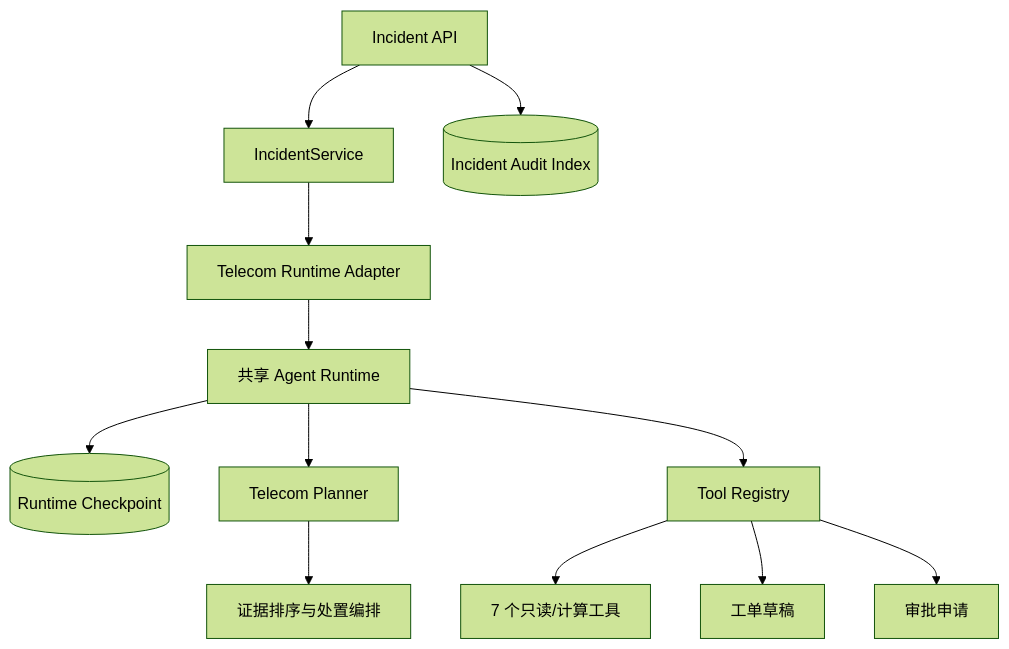
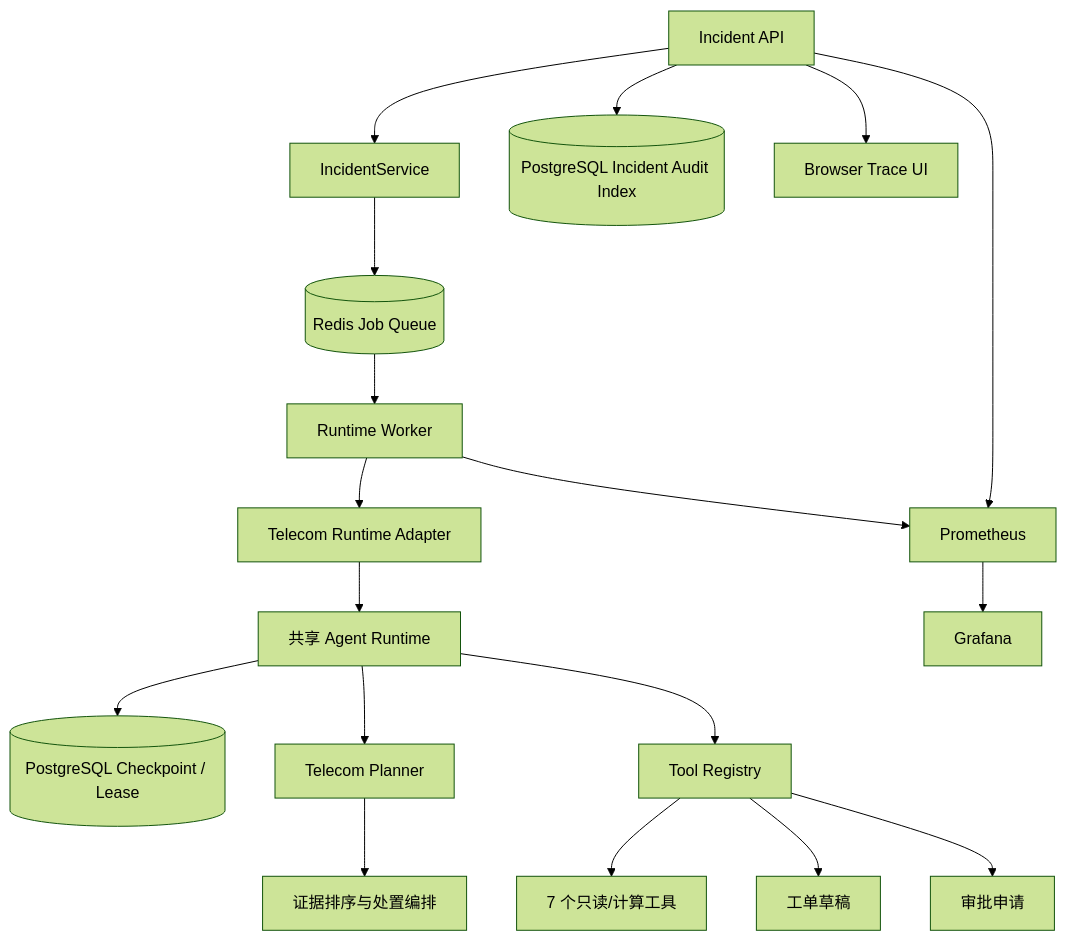
Before and after one commit to KristenYue/telecom-network-incident-agent: the diagram in docs/ARCHITECTURE.md, drawn with Mermaid (forest theme). The commit also changed other lines of this file and 27 other files, not shown here.

Commit message:
Add deployable telecom runtime topology

````diff
--- a/docs/ARCHITECTURE.md
+++ b/docs/ARCHITECTURE.md
@@ -7,14 +7,20 @@
 ```mermaid
 flowchart TB
     API[Incident API] --> APP[IncidentService]
-    APP --> ADAPTER[Telecom Runtime Adapter]
+    APP --> REDIS[(Redis Job Queue)]
+    REDIS --> WORKER[Runtime Worker]
+    WORKER --> ADAPTER[Telecom Runtime Adapter]
     ADAPTER --> RUNTIME[共享 Agent Runtime]
-    RUNTIME --> CHECKPOINT[(Runtime Checkpoint)]
+    RUNTIME --> CHECKPOINT[(PostgreSQL Checkpoint / Lease)]
     RUNTIME --> PLANNER[Telecom Planner]
     RUNTIME --> REGISTRY[Tool Registry]
     REGISTRY --> READ[7 个只读/计算工具]
     REGISTRY --> TICKET[工单草稿]
     REGISTRY --> APPROVAL[审批申请]
     PLANNER --> DIAG[证据排序与处置编排]
-    API --> INDEX[(Incident Audit Index)]
+    API --> INDEX[(PostgreSQL Incident Audit Index)]
+    API --> TRACE[Browser Trace UI]
+    API --> PROM[Prometheus]
+    WORKER --> PROM
+    PROM --> GRAFANA[Grafana]
 ```
````
